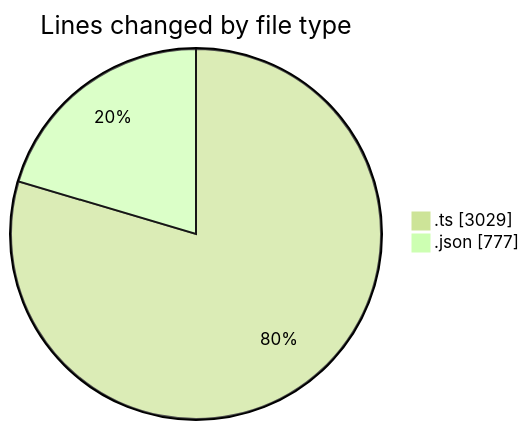
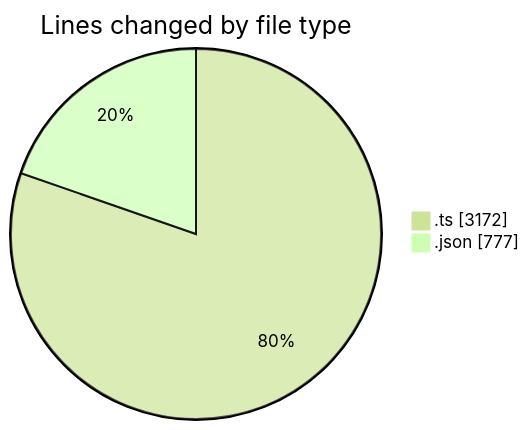
Before and after one commit to charlie-sans/code-tracking: the first of 2 diagrams in 2025-04-30/masm-lsp/README.md, drawn with Mermaid (forest theme). The commit also changed other lines of this file and 1 other file, not shown here.

````diff
--- a/2025-04-30/masm-lsp/README.md
+++ b/2025-04-30/masm-lsp/README.md
@@ -22,6 +23,6 @@
 ```mermaid
 pie showData
 title Lines changed by file type
-".ts" : 3029
+".ts" : 3172
 ".json" : 777
 ```
````
